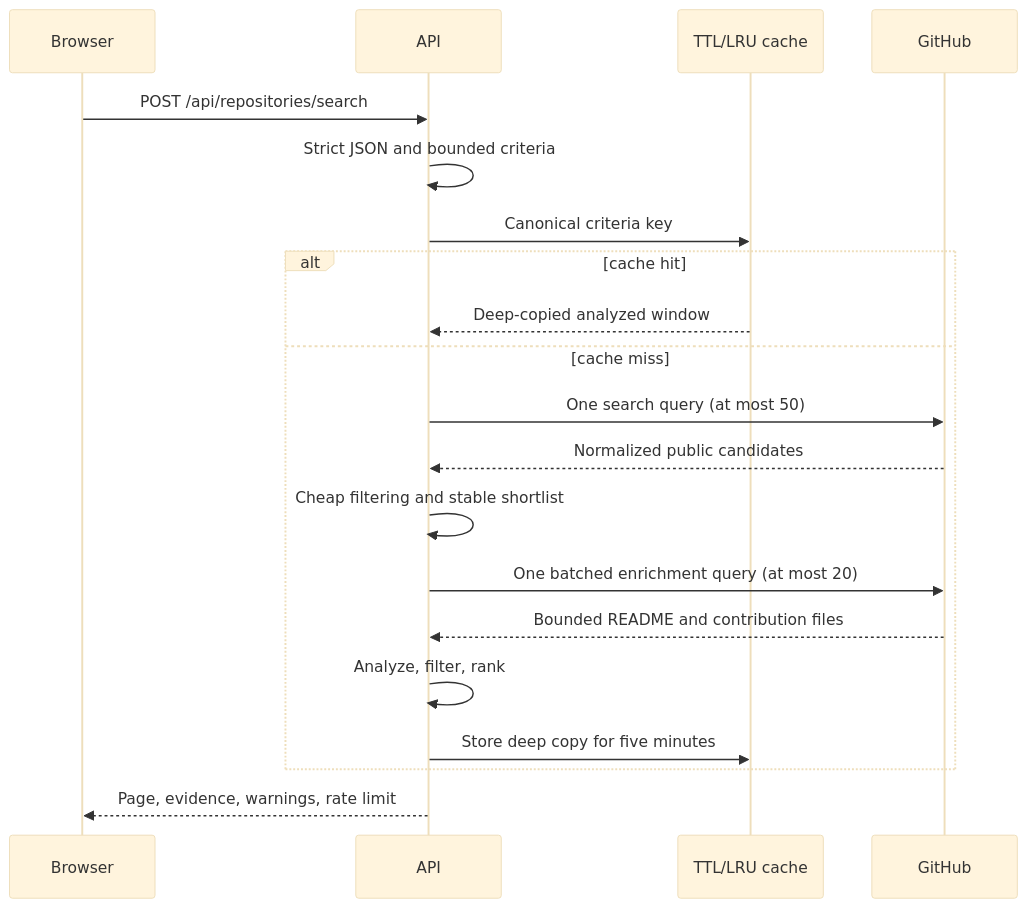
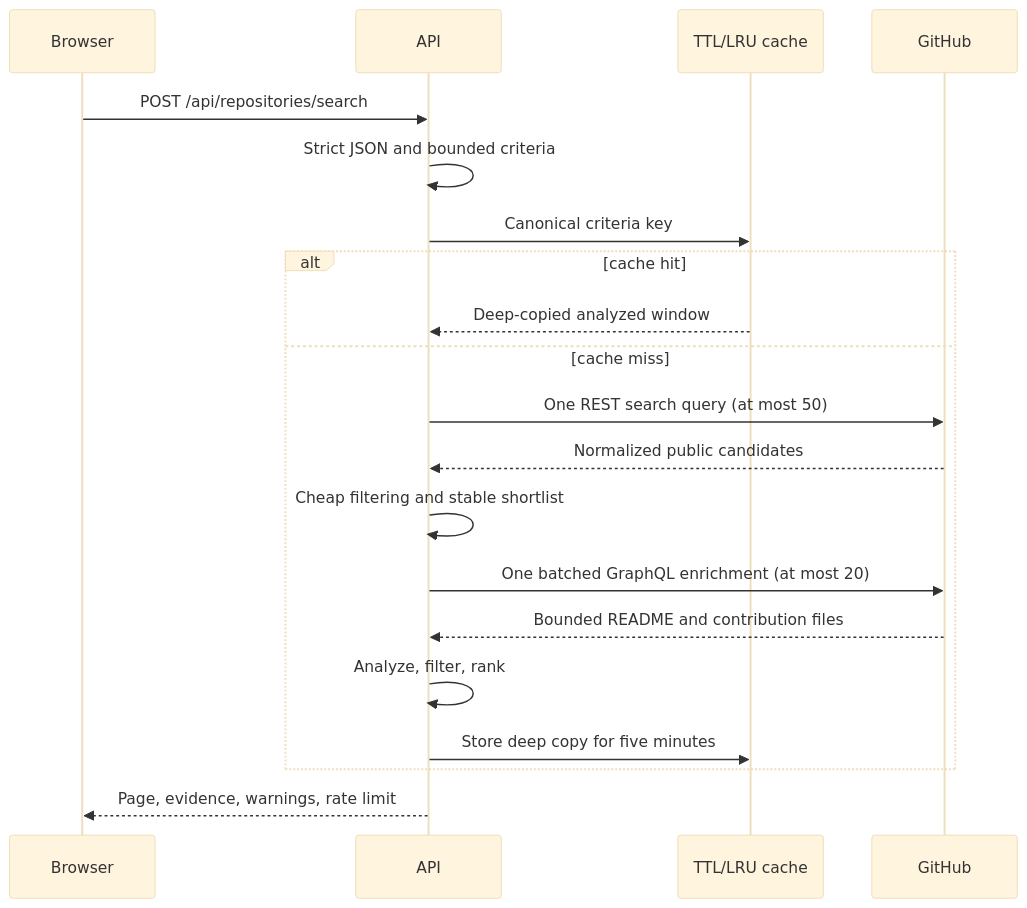
The diagram in docs/repository-discovery.md (tensho1026/github-issue-search), drawn with Mermaid (base theme) before and after one commit. The commit also changed other lines of this file and 11 other files, not shown here.

````diff
--- a/docs/repository-discovery.md
+++ b/docs/repository-discovery.md
@@ -10,23 +10,23 @@
 ```mermaid
 sequenceDiagram
     participant Browser
     participant API
     participant Cache as TTL/LRU cache
     participant GitHub
 
     Browser->>API: POST /api/repositories/search
     API->>API: Strict JSON and bounded criteria
     API->>Cache: Canonical criteria key
     alt cache hit
         Cache-->>API: Deep-copied analyzed window
     else cache miss
-        API->>GitHub: One search query (at most 50)
+        API->>GitHub: One REST search query (at most 50)
         GitHub-->>API: Normalized public candidates
         API->>API: Cheap filtering and stable shortlist
-        API->>GitHub: One batched enrichment query (at most 20)
+        API->>GitHub: One batched GraphQL enrichment (at most 20)
         GitHub-->>API: Bounded README and contribution files
         API->>API: Analyze, filter, rank
         API->>Cache: Store deep copy for five minutes
     end
     API-->>Browser: Page, evidence, warnings, rate limit
 ```
````
